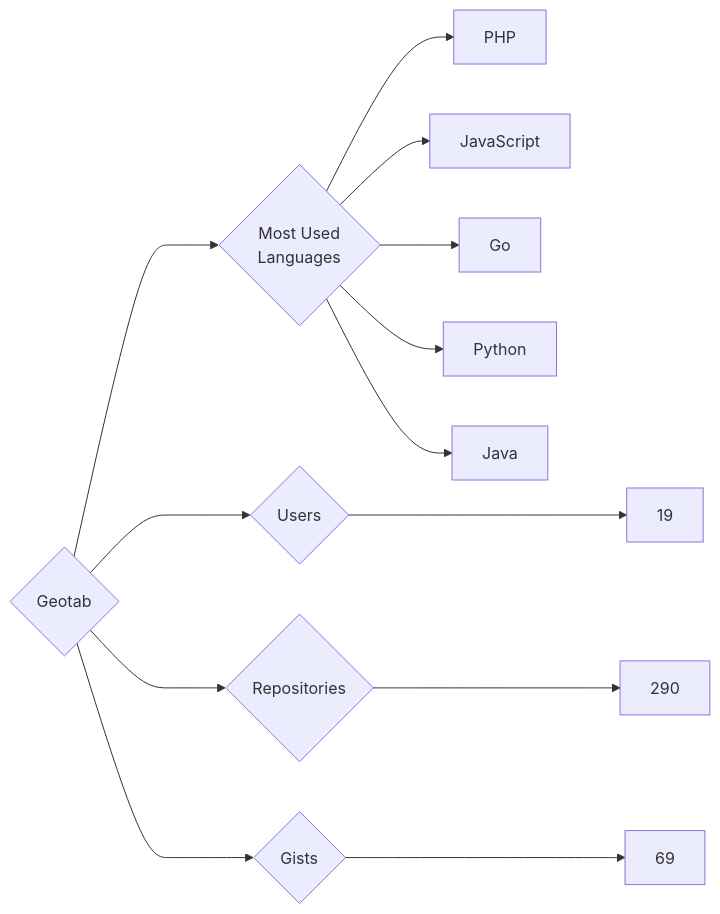
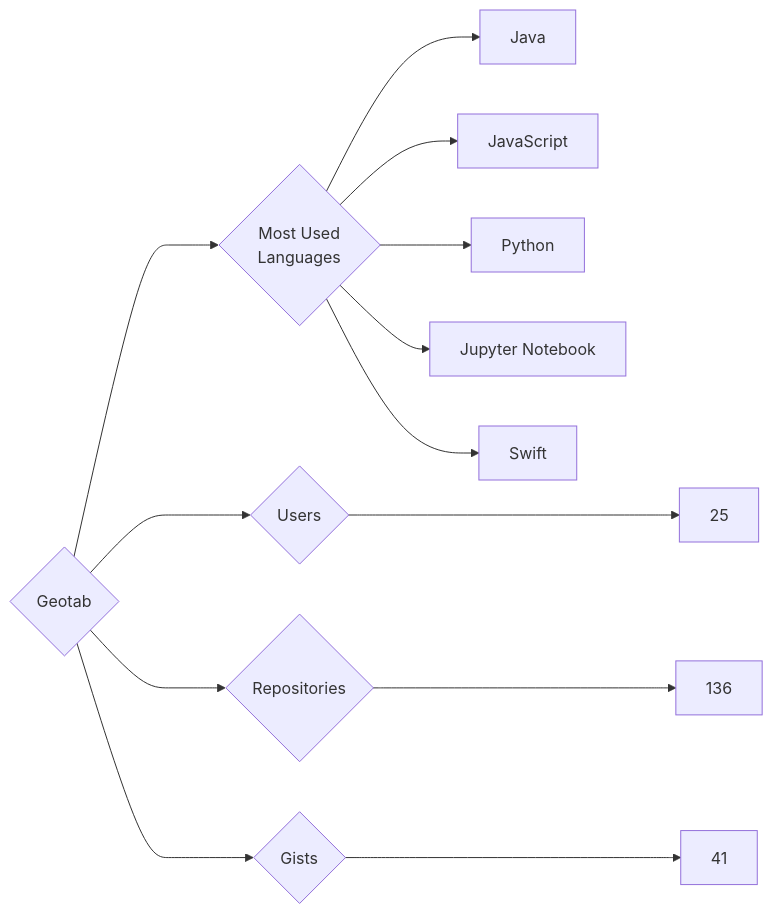
Before and after one commit to trickest/insiders: the diagram in targets/Geotab/README.md, drawn with Mermaid. The commit also changed 951 other files, not shown here.

````diff
--- a/targets/Geotab/README.md
+++ b/targets/Geotab/README.md
@@ -3,13 +3,13 @@
 ```mermaid
 graph LR
 COMPANY_NAME{Geotab}
-COMPANY_NAME ---> U{Users} ---> UN[19]
-COMPANY_NAME ---> R{Repositories} ---> RN[290]
-COMPANY_NAME ---> G{Gists} ---> GN[69]
+COMPANY_NAME ---> U{Users} ---> UN[25]
+COMPANY_NAME ---> R{Repositories} ---> RN[136]
+COMPANY_NAME ---> G{Gists} ---> GN[41]
 COMPANY_NAME ---> ML{Most Used<br>Languages}
-ML --> PHP
-ML --> JavaScript
-ML --> Go
-ML --> Python
-ML --> Java
+ML --> Java[Java]
+ML --> JavaScript[JavaScript]
+ML --> Python[Python]
+ML --> Jupyter_Notebook[Jupyter Notebook]
+ML --> Swift[Swift]
 ```
````
